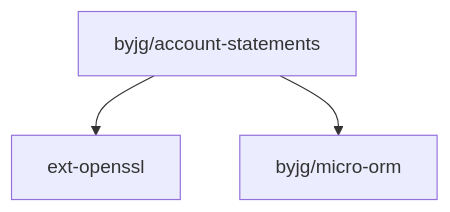
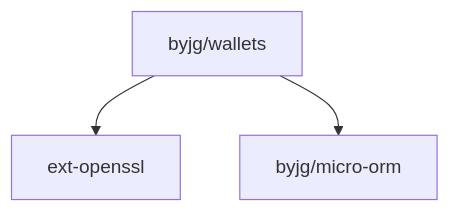
Before and after one commit to byjg/php-wallets: the diagram in README.md, drawn with Mermaid. The commit also changed 18 other files, not shown here.

Commit message:
Rename Project to ByJG Wallets instead of ByJG Account Transactions

````diff
--- a/README.md
+++ b/README.md
@@ -86,5 +86,5 @@
 ```mermaid  
 flowchart TD  
-    byjg/account-statements --> ext-openssl
-    byjg/account-statements --> byjg/micro-orm
+    byjg/wallets --> ext-openssl
+    byjg/wallets --> byjg/micro-orm
 ```
````
